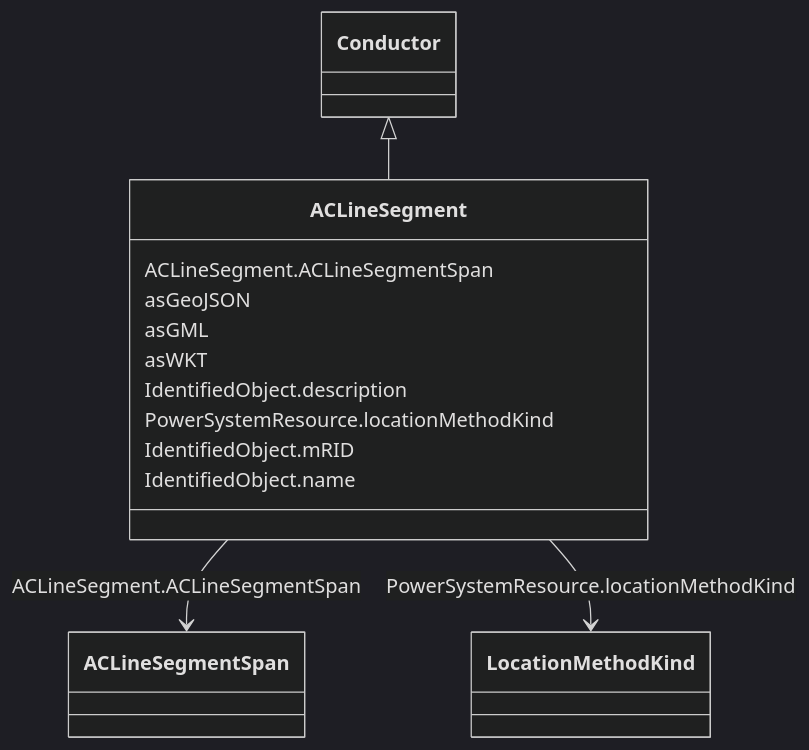
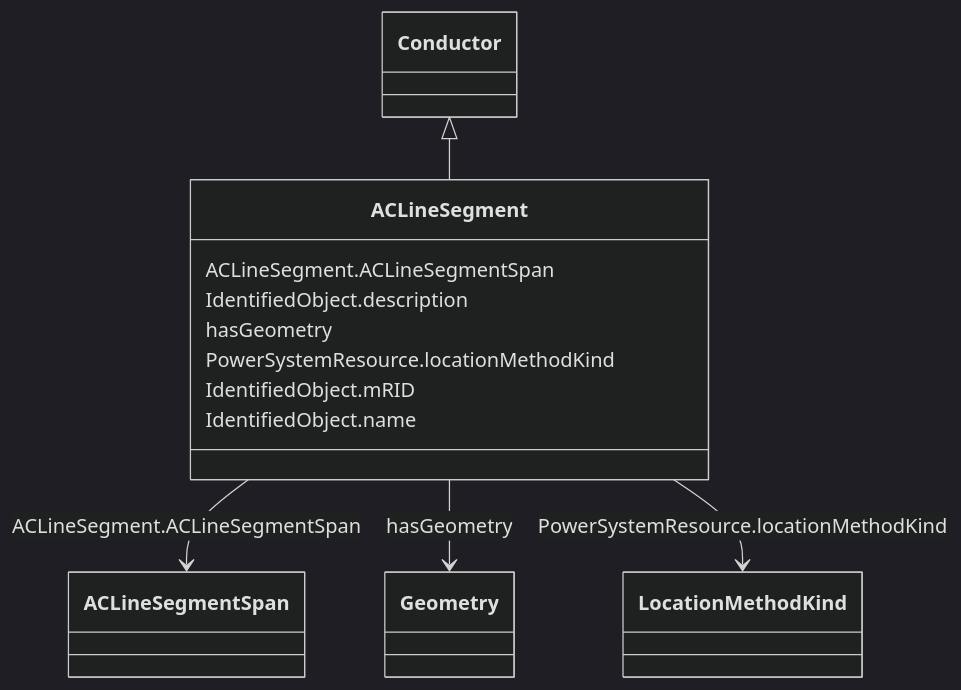
The diagram in docs/AviationObstacle/ACLineSegment.md (3lbits/NoCIMExtensions), drawn with Mermaid (dark theme) before and after one commit. The commit also changed other lines of this file and 61 other files, not shown here.

````diff
--- a/docs/AviationObstacle/ACLineSegment.md
+++ b/docs/AviationObstacle/ACLineSegment.md
@@ -16,31 +16,30 @@
 ```mermaid
  classDiagram
     class ACLineSegment
     click ACLineSegment href "../ACLineSegment"
       Conductor <|-- ACLineSegment
         click Conductor href "../Conductor"
       
       ACLineSegment : ACLineSegment.ACLineSegmentSpan
         
           ACLineSegment --> ACLineSegmentSpan : ACLineSegment.ACLineSegmentSpan
           click ACLineSegmentSpan href "../ACLineSegmentSpan"
         
-      ACLineSegment : asGeoJSON
+      ACLineSegment : IdentifiedObject.description
         
-      ACLineSegment : asGML
+      ACLineSegment : hasGeometry
         
-      ACLineSegment : asWKT
-        
-      ACLineSegment : IdentifiedObject.description
+          ACLineSegment --> Geometry : hasGeometry
+          click Geometry href "../Geometry"
         
       ACLineSegment : PowerSystemResource.locationMethodKind
         
           ACLineSegment --> LocationMethodKind : PowerSystemResource.locationMethodKind
           click LocationMethodKind href "../LocationMethodKind"
         
       ACLineSegment : IdentifiedObject.mRID
         
       ACLineSegment : IdentifiedObject.name
         
       
 ```
````
